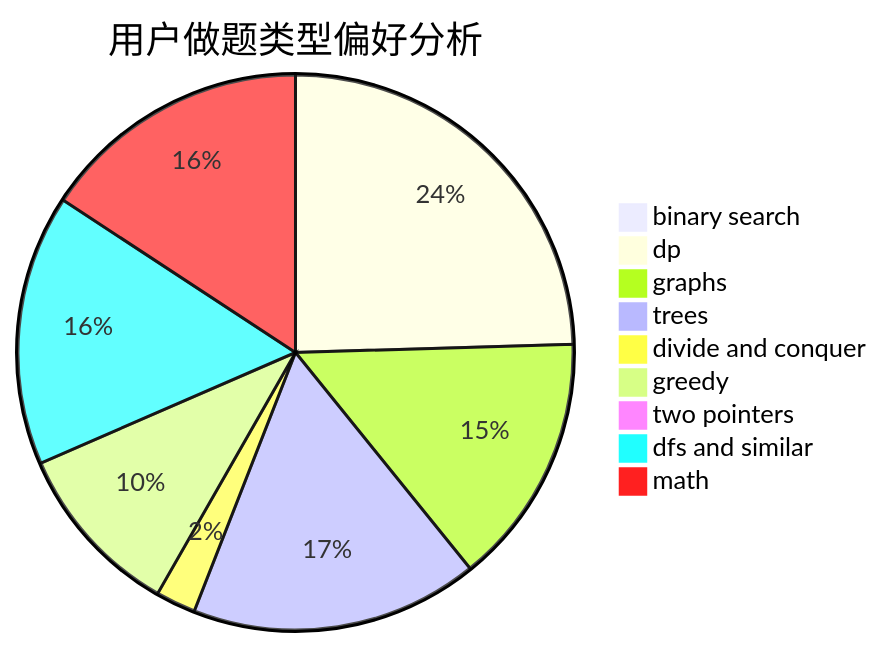
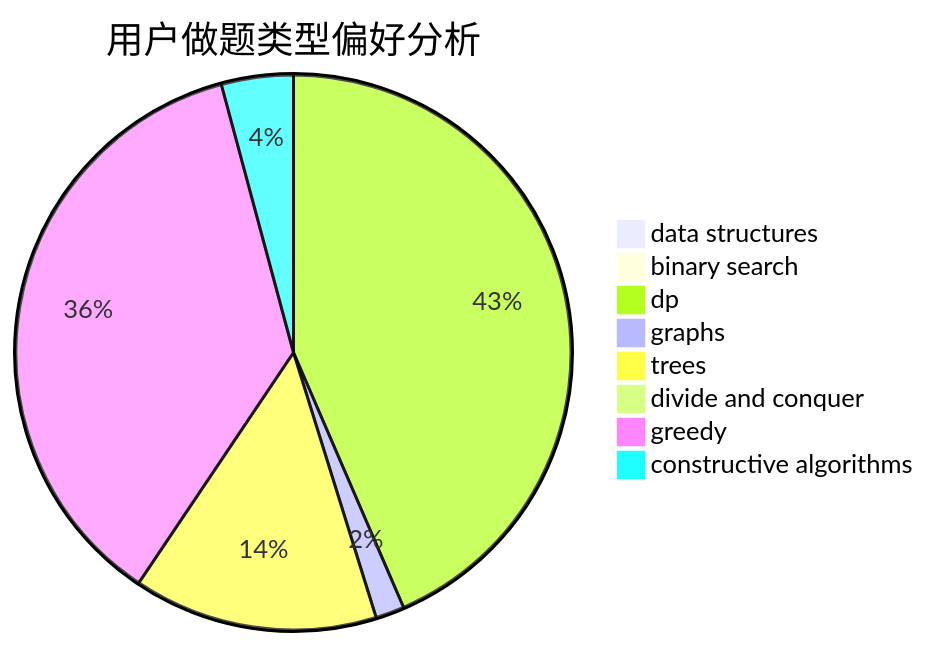
The second of 3 diagrams in docs/user/u571.md (sherpahu/cfrs.github.io), drawn with Mermaid before and after one commit. The commit also changed other lines of this file and 2775 other files, not shown here.

````diff
--- a/docs/user/u571.md
+++ b/docs/user/u571.md
@@ -23,12 +23,11 @@
 ```mermaid
 pie title 用户做题类型偏好分析
+    "data structures" :  0
     "binary search" :  2
-    "dp" :  221
-    "graphs" :  132
-    "trees" :  151
-    "divide and conquer" :  21
-    "greedy" :  92
-    "two pointers" :  7
-    "dfs and similar" :  142
-    "math" :  142
+    "dp" :  104
+    "graphs" :  4
+    "trees" :  34
+    "divide and conquer" :  0
+    "greedy" :  87
+    "constructive algorithms" :  10
 ```
````
